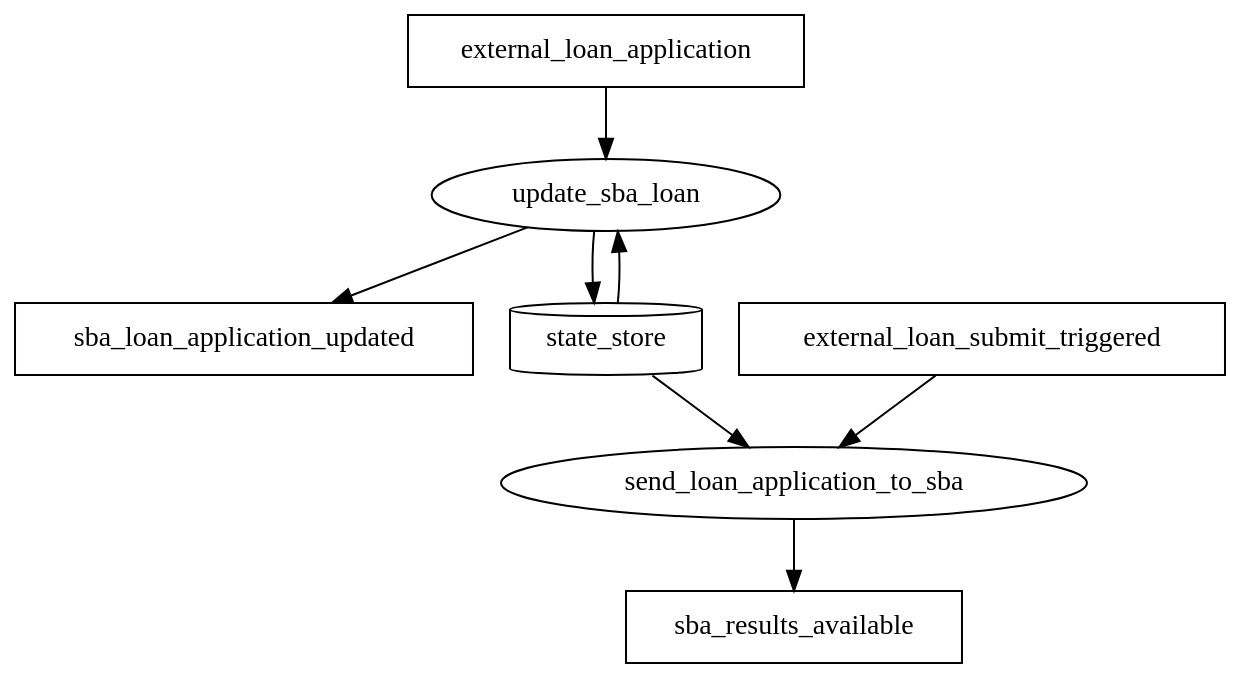
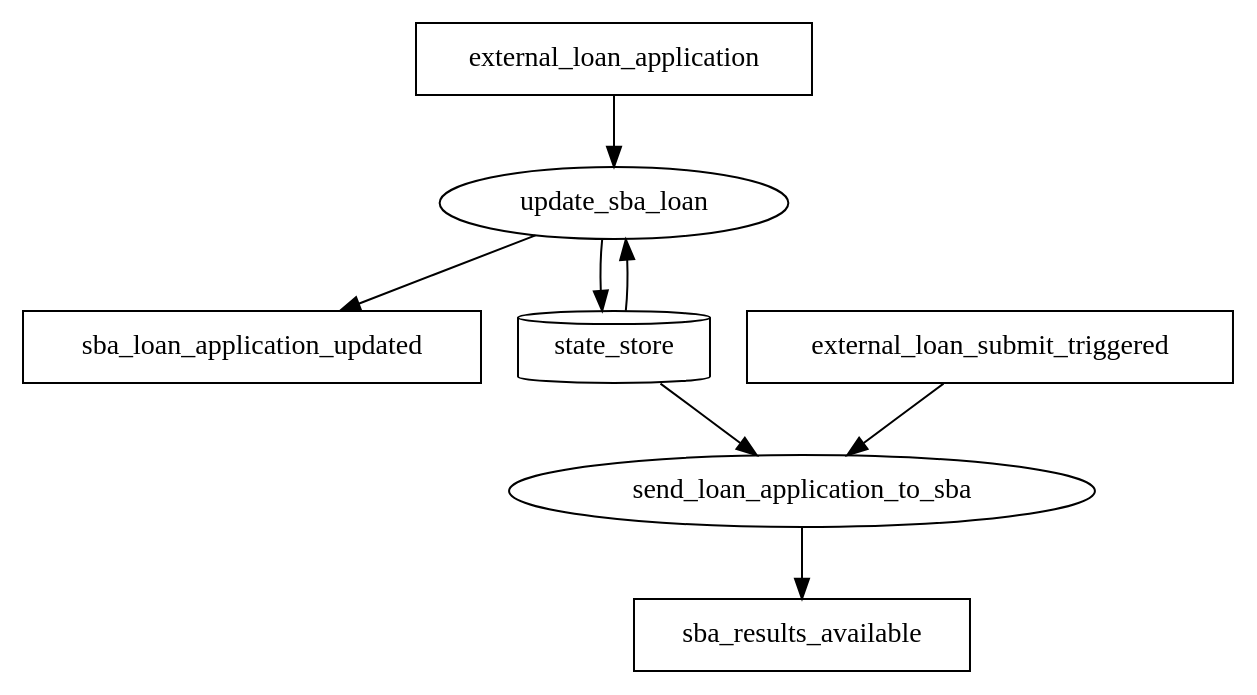
Before and after one commit to kidpollo/jackdaw-literate-examples: the diagram in production-app.org, drawn with Graphviz. The commit also changed other lines of this file and 2 other files, not shown here.

```diff
--- a/production-app.org
+++ b/production-app.org
@@ -163,17 +163,17 @@
 #+BEGIN_SRC dot :file prod-app/topology.png :cmdline -Kdot -Tpng :exports results
 digraph Topology {
-  bgcolor="transparent";
+  bgcolor="white";
   external_loan_application [shape=box];
   external_loan_application -> update_sba_loan;
   sba_loan_application_updated [shape=box];
   update_sba_loan -> sba_loan_application_updated;
   external_loan_submit_triggered [shape=box];
   external_loan_submit_triggered -> send_loan_application_to_sba;
   sba_results_available [shape=box];
   send_loan_application_to_sba -> sba_results_available;
   state_store [shape=cylinder];
   state_store -> update_sba_loan;
   update_sba_loan -> state_store;
   state_store -> send_loan_application_to_sba; 
 }
 #+END_SRC
```
